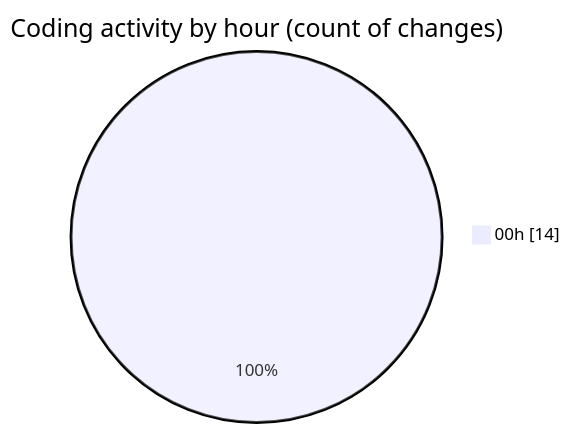
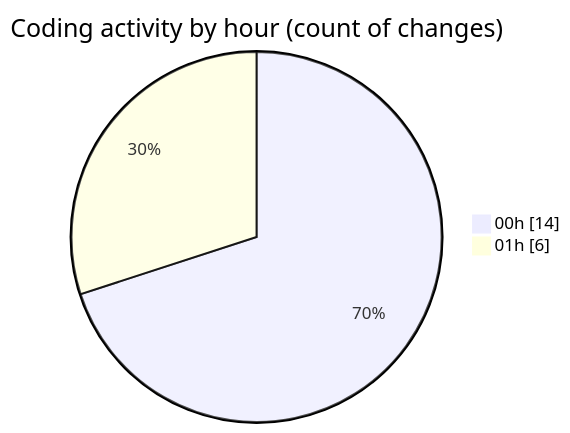
One commit to momahboobian/code-tracking changed the second of 2 diagrams in 2025-01-11/good-pr/README.md. Above: the diagram before and after it, drawn with Mermaid. The commit also changed other lines of this file and 1 other file, not shown here.

````diff
--- a/2025-01-11/good-pr/README.md
+++ b/2025-01-11/good-pr/README.md
@@ -37,5 +40,6 @@
 ```mermaid
 pie showData
 title Coding activity by hour (count of changes)
 "00h" : 14
+"01h" : 6
 ```
````
